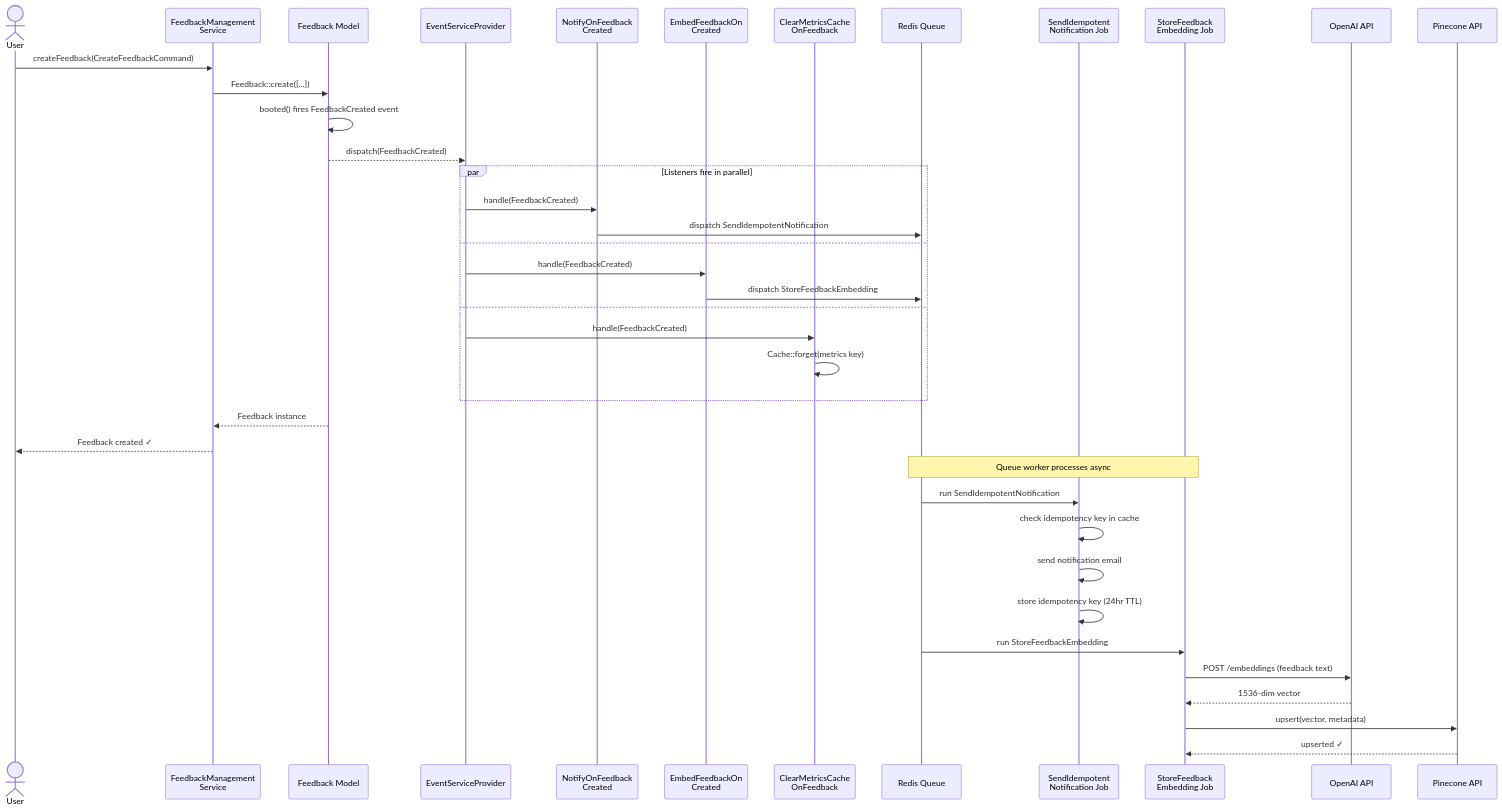
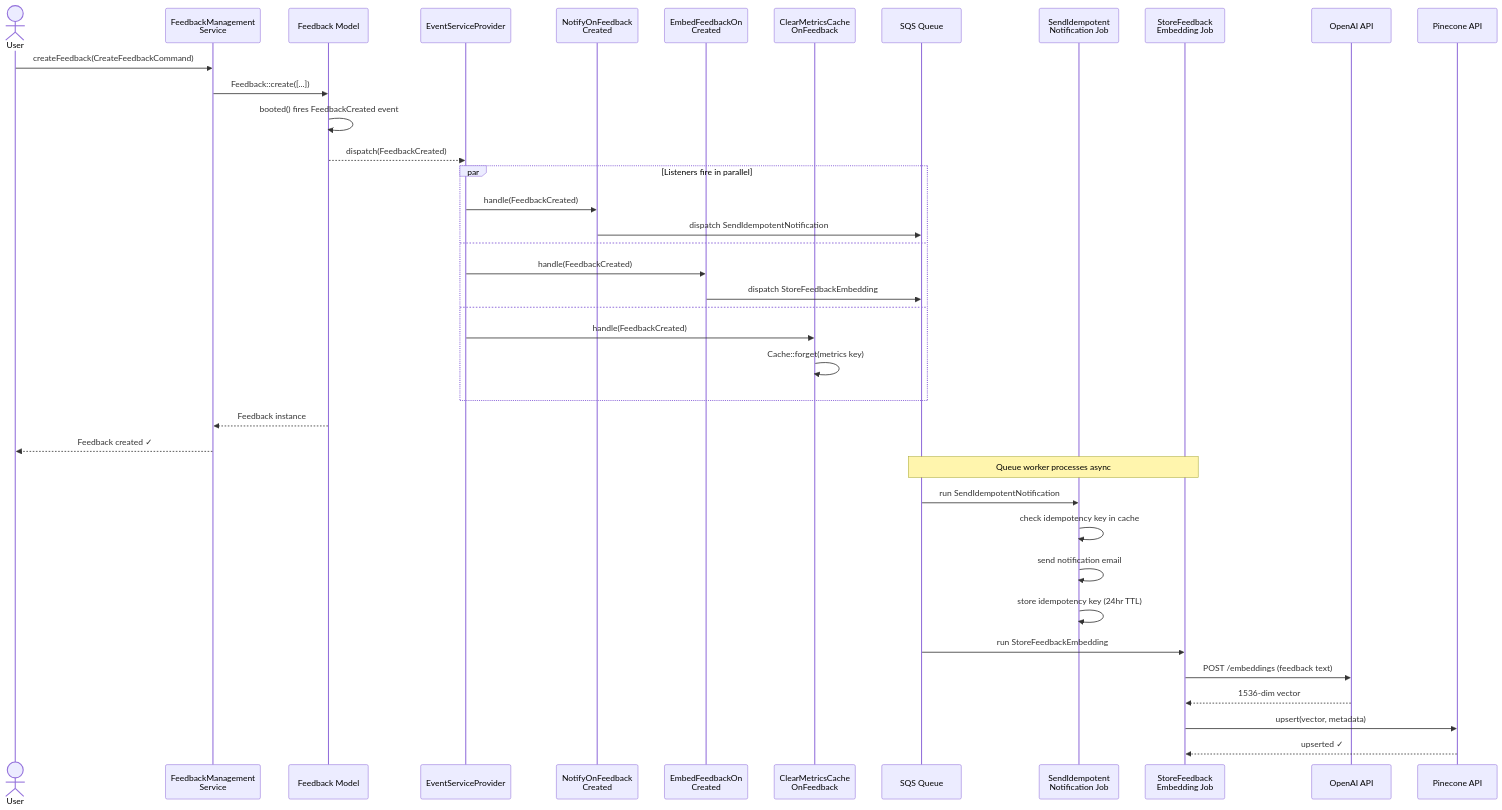
One commit to SunnyC0d3/feedbackhub changed the second of 6 diagrams in docs/DIAGRAMS.md. Above: the diagram before and after it, drawn with Mermaid. The commit also changed other lines of this file and 12 other files, not shown here.

````diff
--- a/docs/DIAGRAMS.md
+++ b/docs/DIAGRAMS.md
@@ -58,47 +59,47 @@
 ```mermaid
 sequenceDiagram
     actor User
     participant MS as FeedbackManagement<br/>Service
     participant FM as Feedback Model
     participant ES as EventServiceProvider
     participant N as NotifyOnFeedback<br/>Created
     participant E as EmbedFeedbackOn<br/>Created
     participant CM as ClearMetricsCache<br/>OnFeedback
-    participant Q as Redis Queue
+    participant Q as SQS Queue
     participant J1 as SendIdempotent<br/>Notification Job
     participant J2 as StoreFeedback<br/>Embedding Job
     participant OAI as OpenAI API
     participant PIN as Pinecone API
 
     User->>MS: createFeedback(CreateFeedbackCommand)
     MS->>FM: Feedback::create([...])
     FM->>FM: booted() fires FeedbackCreated event
     FM-->>ES: dispatch(FeedbackCreated)
 
     par Listeners fire in parallel
         ES->>N: handle(FeedbackCreated)
         N->>Q: dispatch SendIdempotentNotification
     and
         ES->>E: handle(FeedbackCreated)
         E->>Q: dispatch StoreFeedbackEmbedding
     and
         ES->>CM: handle(FeedbackCreated)
         CM->>CM: Cache::forget(metrics key)
     end
 
     FM-->>MS: Feedback instance
     MS-->>User: Feedback created ✓
 
     Note over Q,J2: Queue worker processes async
 
     Q->>J1: run SendIdempotentNotification
     J1->>J1: check idempotency key in cache
     J1->>J1: send notification email
     J1->>J1: store idempotency key (24hr TTL)
 
     Q->>J2: run StoreFeedbackEmbedding
     J2->>OAI: POST /embeddings (feedback text)
     OAI-->>J2: 1536-dim vector
     J2->>PIN: upsert(vector, metadata)
     PIN-->>J2: upserted ✓
 ```
````
